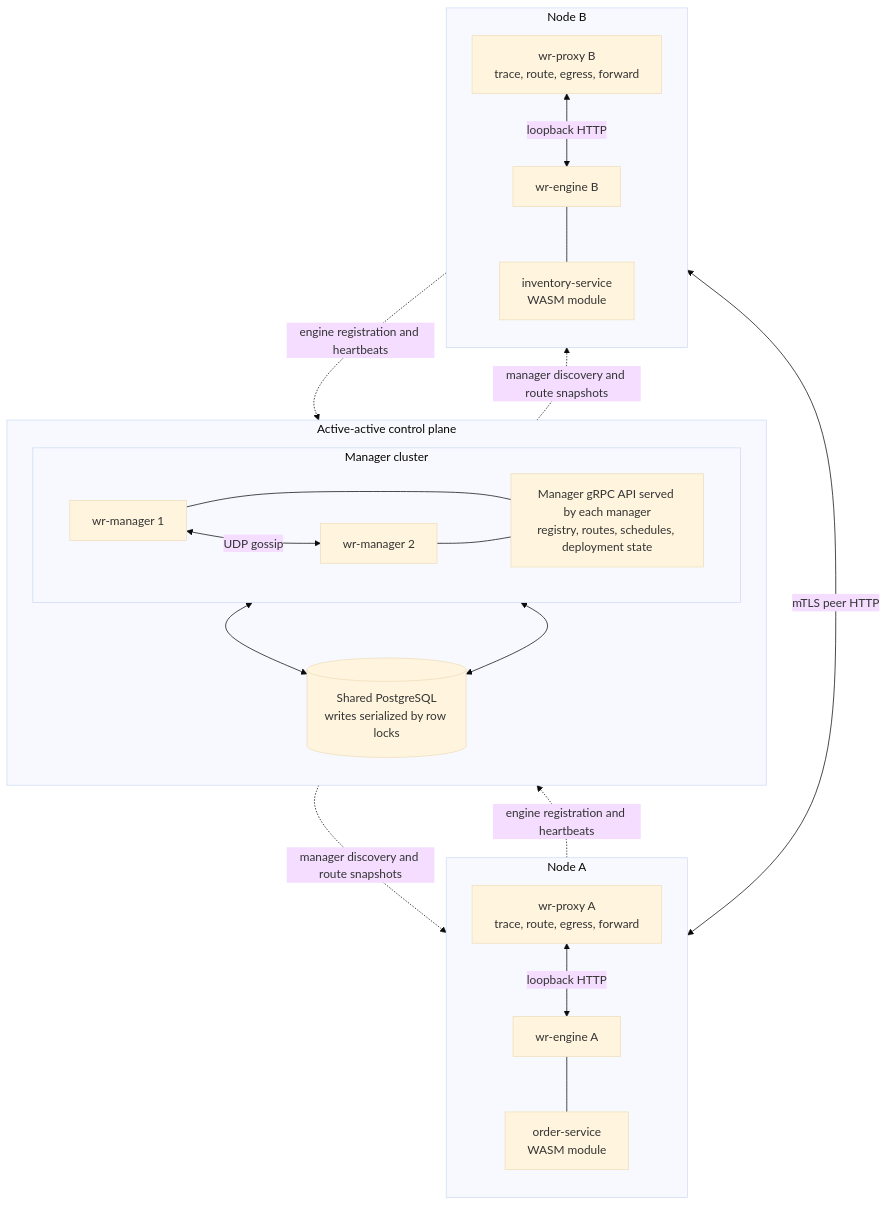
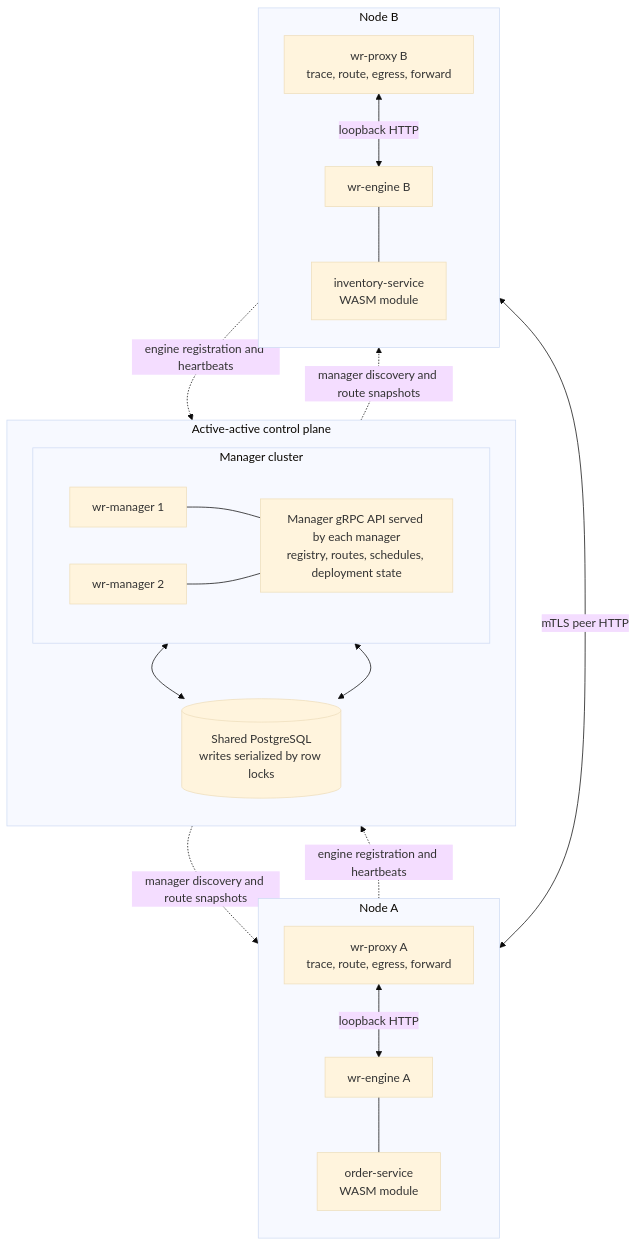
The first of 3 diagrams in docs/architecture.md (angelini/wruntime), drawn with Mermaid (base theme) before and after one commit. The commit also changed other lines of this file and 42 other files, not shown here.

Commit message:
Remove gossip for manager uptime

````diff
--- a/docs/architecture.md
+++ b/docs/architecture.md
@@ -5,40 +5,41 @@
 ```mermaid
 flowchart TB
     subgraph control_plane["Active-active control plane"]
         direction TB
         subgraph manager_cluster["Manager cluster"]
             direction LR
-            manager_1["wr-manager 1"] <-->|"UDP gossip"| manager_2["wr-manager 2"]
+            manager_1["wr-manager 1"]
+            manager_2["wr-manager 2"]
             manager_api["Manager gRPC API served by each manager<br/>registry, routes, schedules, deployment state"]
             manager_1 --- manager_api
             manager_2 --- manager_api
         end
         postgres[("Shared PostgreSQL<br/>writes serialized by row locks")]
         manager_1 <--> postgres
         manager_2 <--> postgres
     end
 
     subgraph node_a["Node A"]
         direction TB
         proxy_a["wr-proxy A<br/>trace, route, egress, forward"]
         engine_a["wr-engine A"]
         order["order-service<br/>WASM module"]
         proxy_a <-->|"loopback HTTP"| engine_a
         engine_a --- order
     end
 
     subgraph node_b["Node B"]
         direction TB
         proxy_b["wr-proxy B<br/>trace, route, egress, forward"]
         engine_b["wr-engine B"]
         inventory["inventory-service<br/>WASM module"]
         proxy_b <-->|"loopback HTTP"| engine_b
         engine_b --- inventory
     end
 
     proxy_a -.->|"engine registration and heartbeats"| manager_api
     proxy_b -.->|"engine registration and heartbeats"| manager_api
     manager_api -.->|"manager discovery and route snapshots"| proxy_a
     manager_api -.->|"manager discovery and route snapshots"| proxy_b
     proxy_a <-->|"mTLS peer HTTP"| proxy_b
 ```
````
